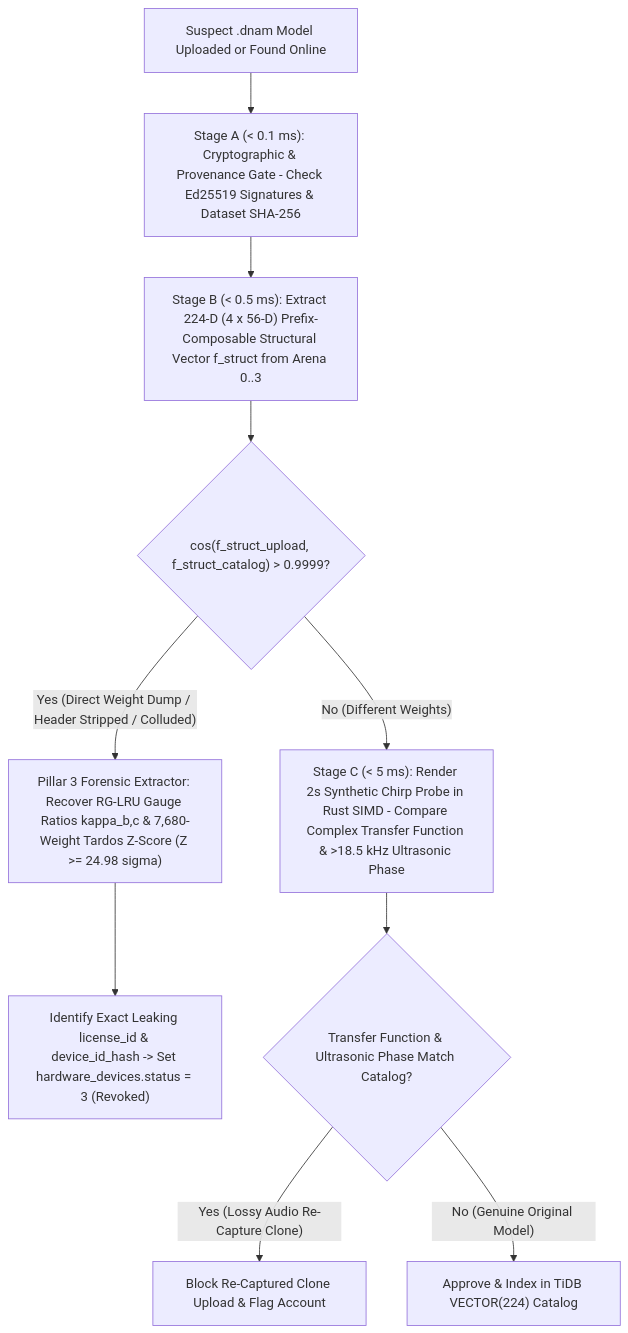
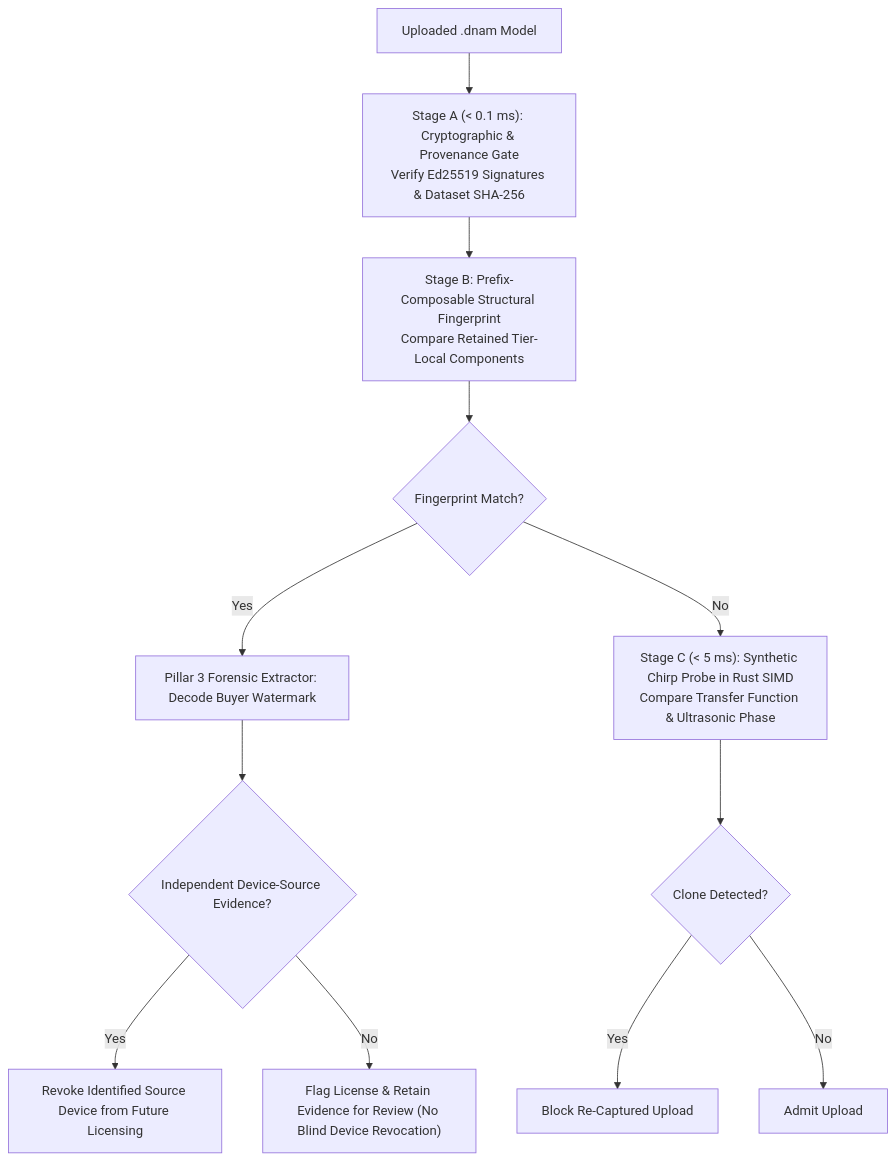
The first of 3 diagrams in docs/security/watermarking_and_marketplace.md (dnam-project/dnam), drawn with Mermaid before and after one commit. The commit also changed other lines of this file and 105 other files, not shown here.

````diff
--- a/docs/security/watermarking_and_marketplace.md
+++ b/docs/security/watermarking_and_marketplace.md
@@ -41,15 +48,14 @@
 ```mermaid
 flowchart TD
-    Upload["Suspect .dnam Model Uploaded or Found Online"] --> StageA["Stage A (< 0.1 ms): Cryptographic & Provenance Gate - Check Ed25519 Signatures & Dataset SHA-256"]
-
-    StageA --> StageB["Stage B (< 0.5 ms): Extract 224-D (4 x 56-D) Prefix-Composable Structural Vector f_struct from Arena 0..3"]
-    StageB --> CosCheck{"cos(f_struct_upload, f_struct_catalog) > 0.9999?"}
-
-    CosCheck -- "Yes (Direct Weight Dump / Header Stripped / Colluded)" --> Trace["Pillar 3 Forensic Extractor: Recover RG-LRU Gauge Ratios kappa_b,c & 7,680-Weight Tardos Z-Score (Z >= 24.98 sigma)"]
-    Trace --> Revoke["Identify Exact Leaking license_id & device_id_hash -> Set hardware_devices.status = 3 (Revoked)"]
-
-    CosCheck -- "No (Different Weights)" --> StageC["Stage C (< 5 ms): Render 2s Synthetic Chirp Probe in Rust SIMD - Compare Complex Transfer Function & >18.5 kHz Ultrasonic Phase"]
-    StageC --> PhaseCheck{"Transfer Function & Ultrasonic Phase Match Catalog?"}
-    PhaseCheck -- "Yes (Lossy Audio Re-Capture Clone)" --> BlockClone["Block Re-Captured Clone Upload & Flag Account"]
-    PhaseCheck -- "No (Genuine Original Model)" --> Approve["Approve & Index in TiDB VECTOR(224) Catalog"]
+    Upload["Uploaded .dnam Model"] --> StageA["Stage A (< 0.1 ms): Cryptographic & Provenance Gate<br/>Verify Ed25519 Signatures & Dataset SHA-256"]
+    StageA --> StageB["Stage B: Prefix-Composable Structural Fingerprint<br/>Compare Retained Tier-Local Components"]
+    StageB --> Match{"Fingerprint Match?"}
+    Match -- "Yes" --> Trace["Pillar 3 Forensic Extractor: Decode Buyer Watermark"]
+    Trace --> Evid{"Independent Device-Source Evidence?"}
+    Evid -- "Yes" --> Revoke["Revoke Identified Source Device from Future Licensing"]
+    Evid -- "No" --> Hold["Flag License & Retain Evidence for Review (No Blind Device Revocation)"]
+    Match -- "No" --> StageC["Stage C (< 5 ms): Synthetic Chirp Probe in Rust SIMD<br/>Compare Transfer Function & Ultrasonic Phase"]
+    StageC --> Clone{"Clone Detected?"}
+    Clone -- "Yes" --> Block["Block Re-Captured Upload"]
+    Clone -- "No" --> Pass["Admit Upload"]
 ```
````
